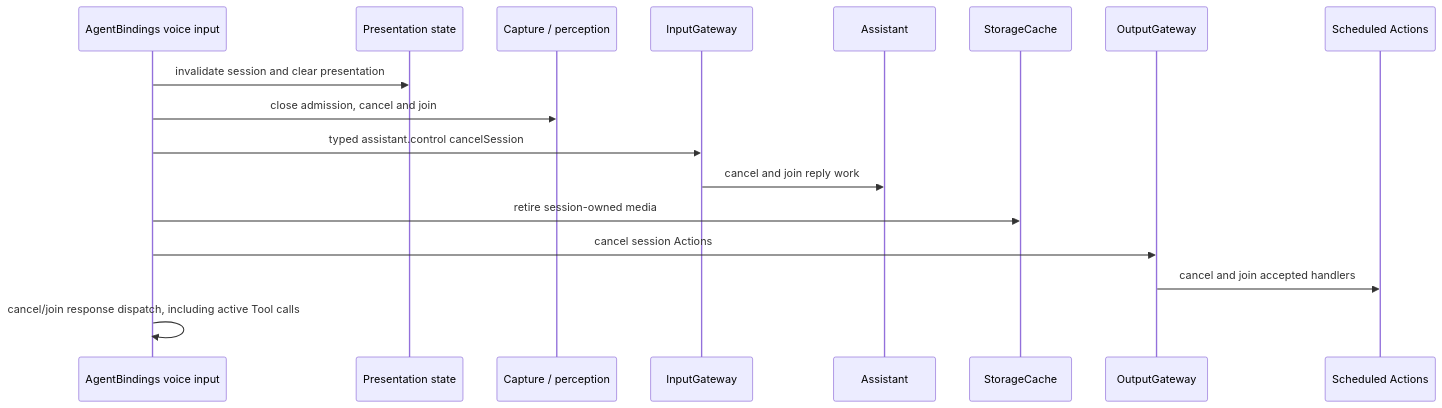
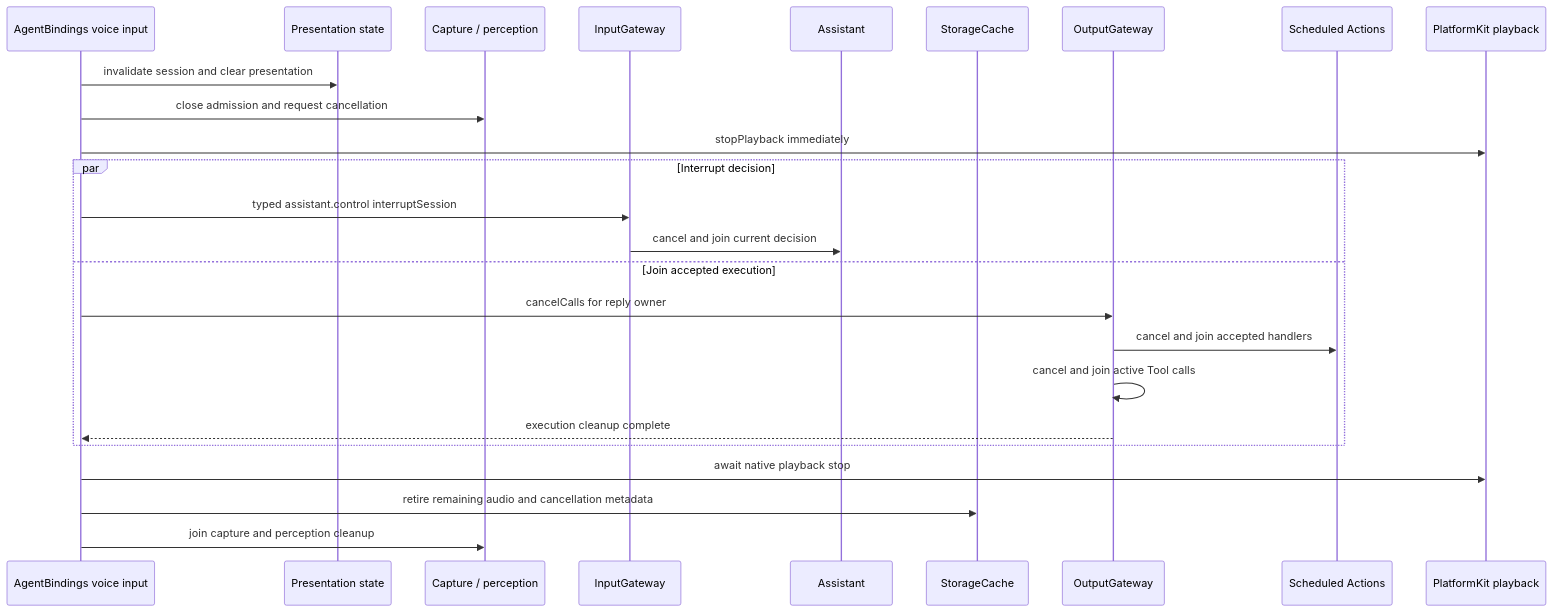
One commit to devilyouwei/MobileHarness changed diagram 17 of 33 in MobileHarness/README.md. Above: the diagram before and after it, drawn with Mermaid. The commit also changed other lines of this file and 17 other files, not shown here.

````diff
--- a/MobileHarness/README.md
+++ b/MobileHarness/README.md
@@ -794,19 +821,27 @@
 ```mermaid
 sequenceDiagram
     participant App as AgentBindings voice input
     participant UI as Presentation state
     participant Producers as Capture / perception
     participant Input as InputGateway
     participant Assistant
     participant Audio as StorageCache
     participant Output as OutputGateway
     participant Actions as Scheduled Actions
+    participant Player as PlatformKit playback
     App->>UI: invalidate session and clear presentation
-    App->>Producers: close admission, cancel and join
-    App->>Input: typed assistant.control cancelSession
-    Input->>Assistant: cancel and join reply work
-    App->>Audio: retire session-owned media
-    App->>Output: cancel session Actions
-    Output->>Actions: cancel and join accepted handlers
-    App->>App: cancel/join response dispatch, including active Tool calls
+    App->>Producers: close admission and request cancellation
+    App->>Player: stopPlayback immediately
+    par Interrupt decision
+        App->>Input: typed assistant.control interruptSession
+        Input->>Assistant: cancel and join current decision
+    and Join accepted execution
+        App->>Output: cancelCalls for reply owner
+        Output->>Actions: cancel and join accepted handlers
+        Output->>Output: cancel and join active Tool calls
+        Output-->>App: execution cleanup complete
+    end
+    App->>Player: await native playback stop
+    App->>Audio: retire remaining audio and cancellation metadata
+    App->>Producers: join capture and perception cleanup
 ```
````
